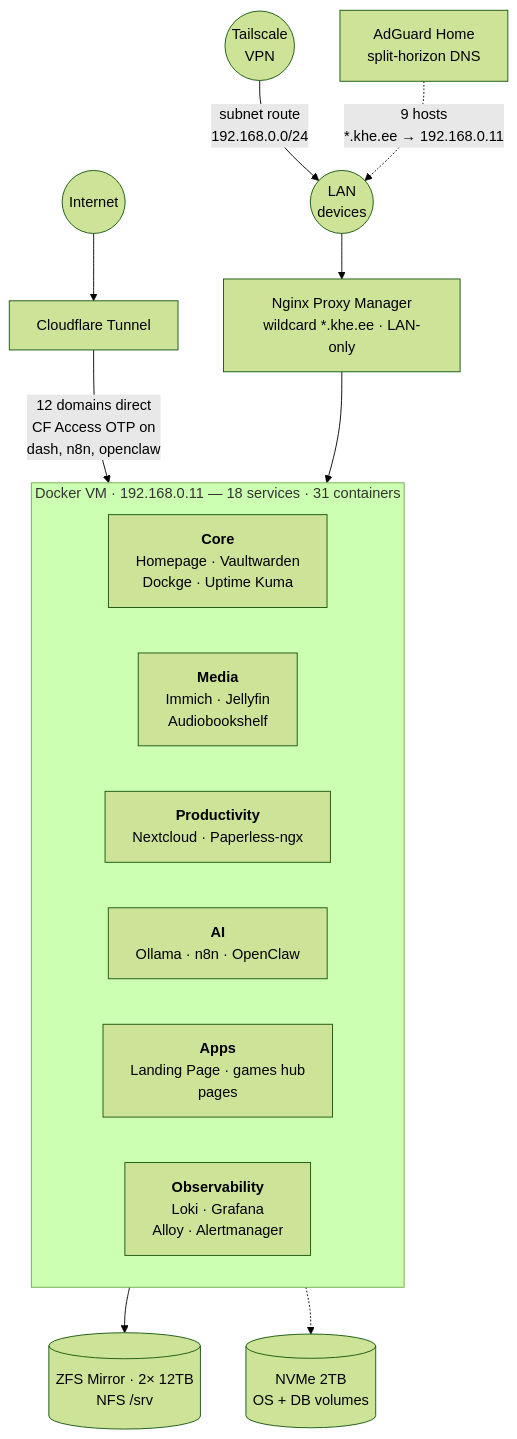
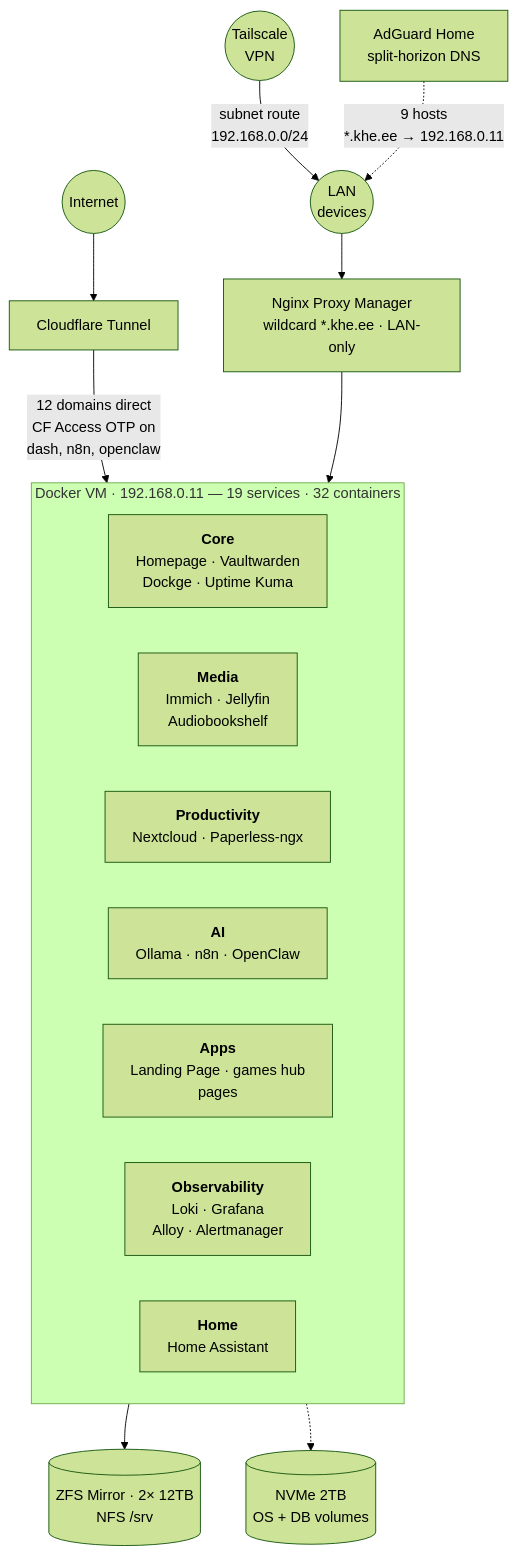
The diagram in README.md (khelias/khe-homelab), drawn with Mermaid (forest theme) before and after one commit. The commit also changed other lines of this file and 10 other files, not shown here.

Commit message:
feat(home): add Home Assistant stack, phase 1

````diff
--- a/README.md
+++ b/README.md
@@ -7,27 +7,28 @@
 ```mermaid
 graph TB
     Internet((Internet))
     VPN((Tailscale<br/>VPN))
     LAN((LAN<br/>devices))
 
     Internet --> CF[Cloudflare Tunnel]
     VPN -->|subnet route<br/>192.168.0.0/24| LAN
     AG[AdGuard Home<br/>split-horizon DNS] -.->|9 hosts<br/>*.khe.ee → 192.168.0.11| LAN
     LAN --> NPM[Nginx Proxy Manager<br/>wildcard *.khe.ee · LAN-only]
 
     CF -->|12 domains direct<br/>CF Access OTP on<br/>dash, n8n, openclaw| DVM
     NPM --> DVM
 
-    subgraph DVM[Docker VM · 192.168.0.11 — 18 services · 31 containers]
+    subgraph DVM[Docker VM · 192.168.0.11 — 19 services · 32 containers]
         direction LR
         Core["<b>Core</b><br/>Homepage · Vaultwarden<br/>Dockge · Uptime Kuma"]
         Media["<b>Media</b><br/>Immich · Jellyfin<br/>Audiobookshelf"]
         Prod["<b>Productivity</b><br/>Nextcloud · Paperless-ngx"]
         AI["<b>AI</b><br/>Ollama · n8n · OpenClaw"]
         Apps["<b>Apps</b><br/>Landing Page · games hub<br/>pages"]
         Obs["<b>Observability</b><br/>Loki · Grafana<br/>Alloy · Alertmanager"]
+        Home["<b>Home</b><br/>Home Assistant"]
     end
 
     DVM --> HDD[(ZFS Mirror · 2× 12TB<br/>NFS /srv)]
     DVM -.-> NVMe[(NVMe 2TB<br/>OS + DB volumes)]
 ```
````
